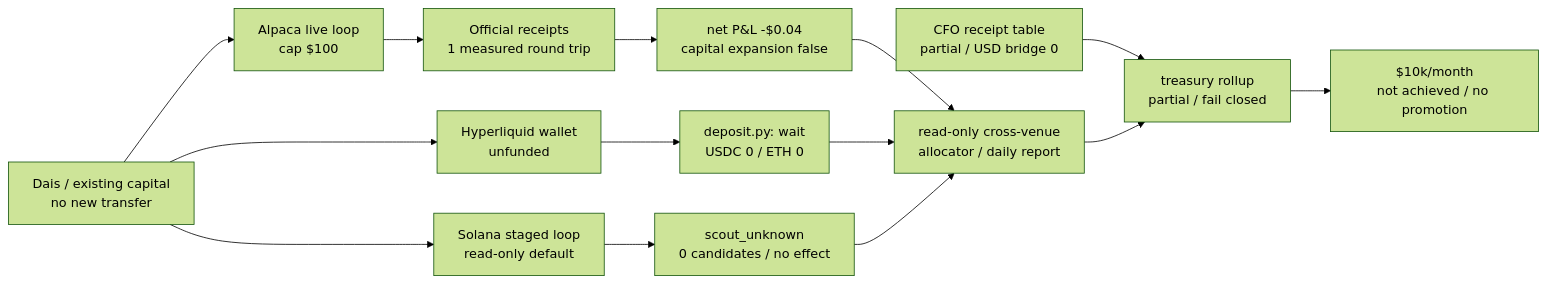
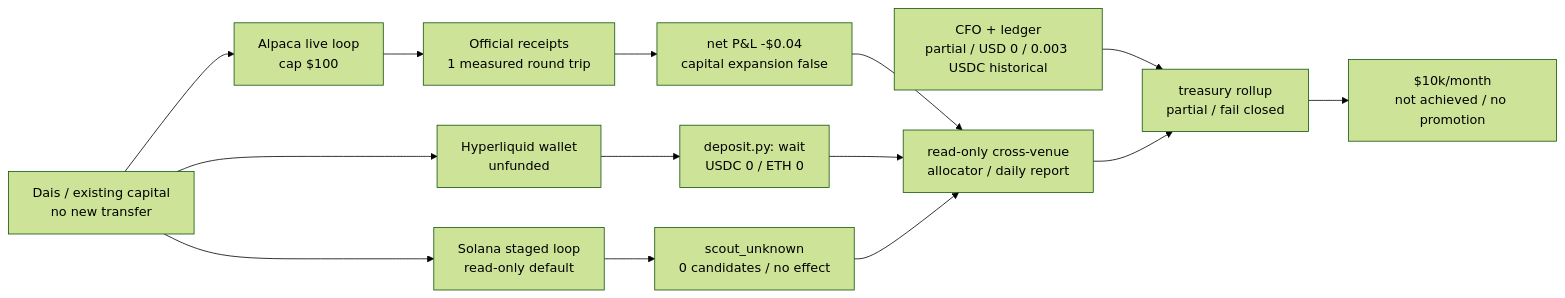
The first of 2 diagrams in docs/superpowers/plans/2026-09-28-investment-loop-generational-wealth.md (Daisuke134/life-manager), drawn with Mermaid (forest theme) before and after one commit. The commit also changed other lines of this file, not shown here.

Commit message:
docs(investment): record subject-scoped CFO revenue evidence

````diff
--- a/docs/superpowers/plans/2026-09-28-investment-loop-generational-wealth.md
+++ b/docs/superpowers/plans/2026-09-28-investment-loop-generational-wealth.md
@@ -38,18 +38,18 @@
 ```mermaid
 flowchart LR
     Owner["Dais / existing capital\nno new transfer"] --> Alpaca["Alpaca live loop\ncap $100"]
     Owner --> HL["Hyperliquid wallet\nunfunded"]
     Owner --> Sol["Solana staged loop\nread-only default"]
 
     Alpaca --> AReceipt["Official receipts\n1 measured round trip"]
     AReceipt --> APerf["net P&L -$0.04\ncapital expansion false"]
     HL --> HLWait["deposit.py: wait\nUSDC 0 / ETH 0"]
     Sol --> SolScout["scout_unknown\n0 candidates / no effect"]
 
     APerf --> Allocator["read-only cross-venue\nallocator / daily report"]
     HLWait --> Allocator
     SolScout --> Allocator
-    CFO["CFO receipt table\npartial / USD bridge 0"] --> Treasury
+    CFO["CFO + ledger\npartial / USD 0 / 0.003 USDC historical"] --> Treasury
     Allocator --> Treasury["treasury rollup\npartial / fail closed"]
     Treasury --> Target["$10k/month\nnot achieved / no promotion"]
 ```
````
